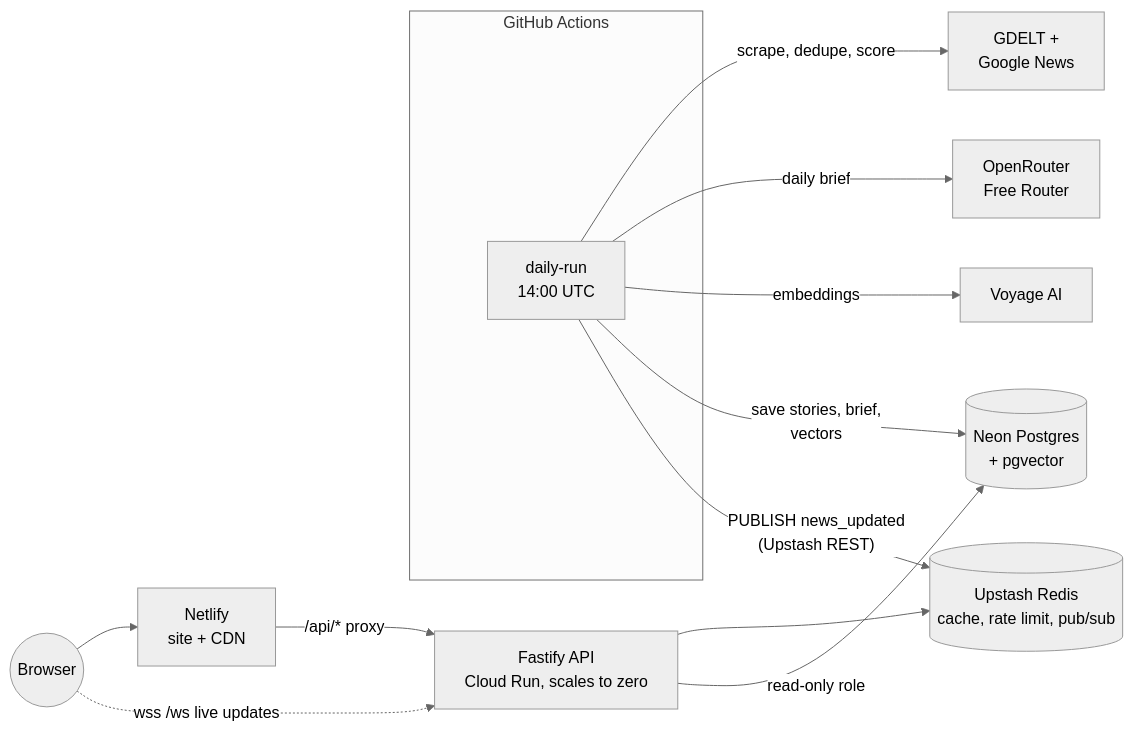
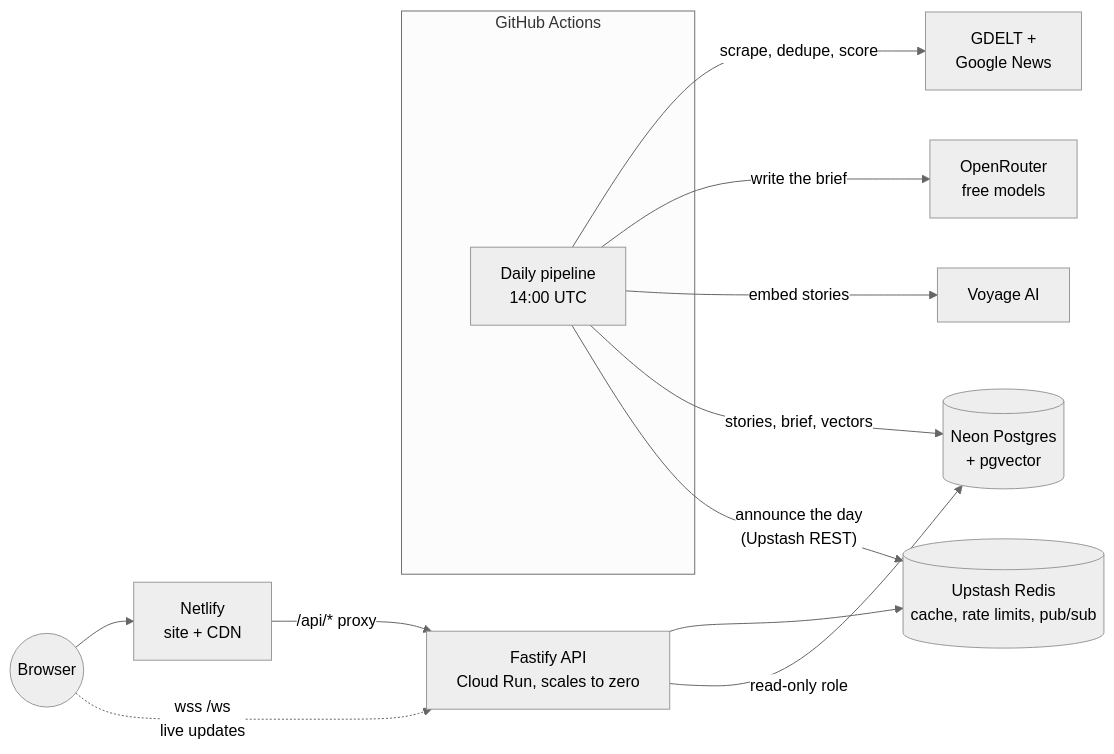
Before and after one commit to divij-pawar/trump-of-the-day: the first of 2 diagrams in README.md, drawn with Mermaid (neutral theme). The commit also changed other lines of this file and 5 other files, not shown here.

````diff
--- a/README.md
+++ b/README.md
@@ -21,16 +43,16 @@
 ```mermaid
 flowchart LR
-  subgraph GitHub Actions
-    cron[daily-run<br/>14:00 UTC]
+  subgraph GH["GitHub Actions"]
+    cron["Daily pipeline<br/>14:00 UTC"]
   end
-  cron -->|scrape, dedupe, score| news[GDELT +<br/>Google News]
-  cron -->|daily brief| openrouter[OpenRouter<br/>Free Router]
-  cron -->|embeddings| voyage[Voyage AI]
-  cron -->|save stories, brief,<br/>vectors| neon[(Neon Postgres<br/>+ pgvector)]
-  cron -->|"PUBLISH news_updated<br/>(Upstash REST)"| redis[(Upstash Redis<br/>cache, rate limit, pub/sub)]
-  browser((Browser)) --> netlify[Netlify<br/>site + CDN]
-  netlify -->|/api/* proxy| run[Fastify API<br/>Cloud Run, scales to zero]
-  browser -.->|wss /ws live updates| run
-  run --> redis
-  run -->|read-only role| neon
+  cron -->|scrape, dedupe, score| news["GDELT +<br/>Google News"]
+  cron -->|write the brief| llm["OpenRouter<br/>free models"]
+  cron -->|embed stories| voyage["Voyage AI"]
+  cron -->|stories, brief, vectors| neon[("Neon Postgres<br/>+ pgvector")]
+  cron -->|"announce the day<br/>(Upstash REST)"| redis[("Upstash Redis<br/>cache, rate limits, pub/sub")]
+  user(("Browser")) --> netlify["Netlify<br/>site + CDN"]
+  netlify -->|"/api/* proxy"| api["Fastify API<br/>Cloud Run, scales to zero"]
+  user -.->|"wss /ws<br/>live updates"| api
+  api --> redis
+  api -->|read-only role| neon
 ```
````
